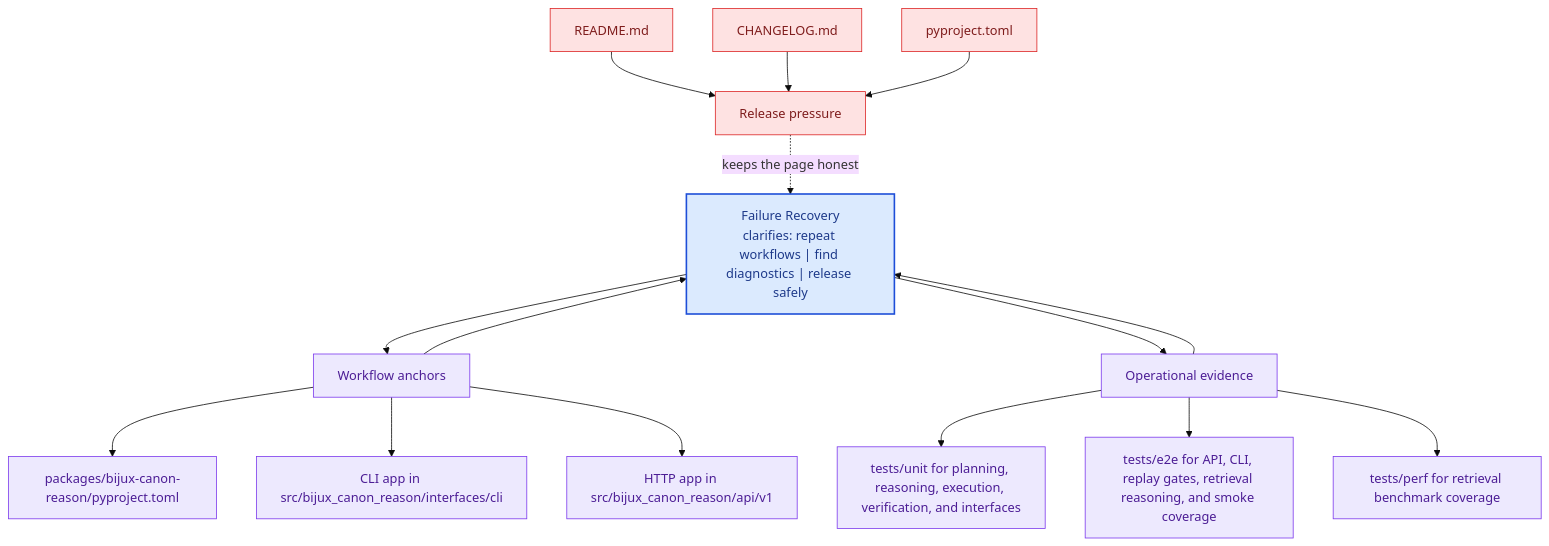
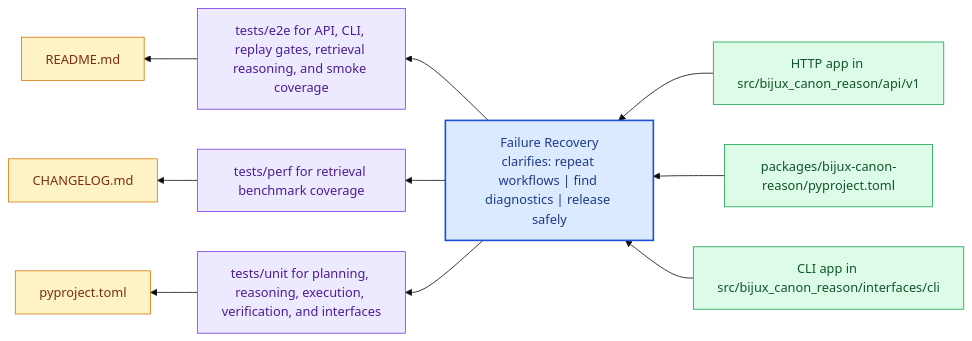
Before and after one commit to bijux/bijux-canon: the diagram in docs/bijux-canon-reason/operations/failure-recovery.md, drawn with Mermaid (base theme). The commit also changed other lines of this file and 281 other files, not shown here.

Commit message:
docs(diagrams): replace repeated mermaid scaffolds with page-specific summaries

````diff
--- a/docs/bijux-canon-reason/operations/failure-recovery.md
+++ b/docs/bijux-canon-reason/operations/failure-recovery.md
@@ -67,41 +22,31 @@
 ```mermaid
-flowchart TB
-    promise["Failure Recovery<br/>clarifies: repeat workflows | find diagnostics | release safely"]
-    classDef promise fill:#dbeafe,stroke:#1d4ed8,color:#1e3a8a,stroke-width:2px;
-    classDef driver fill:#dcfce7,stroke:#16a34a,color:#14532d;
-    classDef constraint fill:#fee2e2,stroke:#dc2626,color:#7f1d1d;
-    classDef ground fill:#ede9fe,stroke:#7c3aed,color:#4c1d95;
-    focus1["Workflow anchors"]
-    focus1 --> promise
-    promise --> focus1
-    focus1_1["packages/bijux-canon-reason/pyproject.toml"]
-    focus1 --> focus1_1
-    focus1_2["CLI app in src/bijux_canon_reason/interfaces/cli"]
-    focus1 --> focus1_2
-    focus1_3["HTTP app in src/bijux_canon_reason/api/v1"]
-    focus1 --> focus1_3
-    class focus1 ground;
-    class focus1_1,focus1_2,focus1_3 ground;
-    focus2["Operational evidence"]
-    focus2 --> promise
-    promise --> focus2
-    focus2_1["tests/unit for planning, reasoning, execution, verification, and interfaces"]
-    focus2 --> focus2_1
-    focus2_2["tests/e2e for API, CLI, replay gates, retrieval reasoning, and smoke coverage"]
-    focus2 --> focus2_2
-    focus2_3["tests/perf for retrieval benchmark coverage"]
-    focus2 --> focus2_3
-    class focus2 ground;
-    class focus2_1,focus2_2,focus2_3 ground;
-    focus3["Release pressure"]
-    focus3 -.keeps the page honest.-> promise
-    focus3_1["README.md"]
-    focus3_1 --> focus3
-    focus3_2["CHANGELOG.md"]
-    focus3_2 --> focus3
-    focus3_3["pyproject.toml"]
-    focus3_3 --> focus3
-    class focus3 constraint;
-    class focus3_1,focus3_2,focus3_3 constraint;
-    class promise promise;
+flowchart RL
+    page["Failure Recovery<br/>clarifies: repeat workflows | find diagnostics | release safely"]
+    classDef page fill:#dbeafe,stroke:#1d4ed8,color:#1e3a8a,stroke-width:2px;
+    classDef positive fill:#dcfce7,stroke:#16a34a,color:#14532d;
+    classDef caution fill:#fee2e2,stroke:#dc2626,color:#7f1d1d;
+    classDef anchor fill:#ede9fe,stroke:#7c3aed,color:#4c1d95;
+    classDef action fill:#fef3c7,stroke:#d97706,color:#7c2d12;
+    step1["HTTP app in src/bijux_canon_reason/api/v1"]
+    step1 --> page
+    step2["packages/bijux-canon-reason/pyproject.toml"]
+    step2 --> page
+    step3["CLI app in src/bijux_canon_reason/interfaces/cli"]
+    step3 --> page
+    run1["tests/e2e for API, CLI, replay gates, retrieval reasoning, and smoke coverage"]
+    page --> run1
+    run2["tests/perf for retrieval benchmark coverage"]
+    page --> run2
+    run3["tests/unit for planning, reasoning, execution, verification, and interfaces"]
+    page --> run3
+    release1["README.md"]
+    run1 --> release1
+    release2["CHANGELOG.md"]
+    run2 --> release2
+    release3["pyproject.toml"]
+    run3 --> release3
+    class page page;
+    class step1,step2,step3 positive;
+    class run1,run2,run3 anchor;
+    class release1,release2,release3 action;
 ```
````
